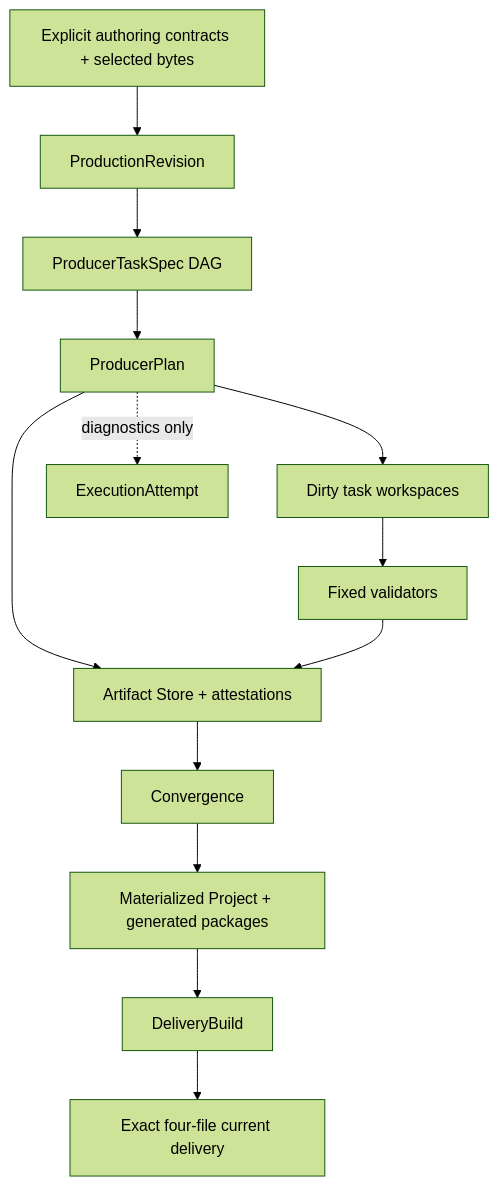
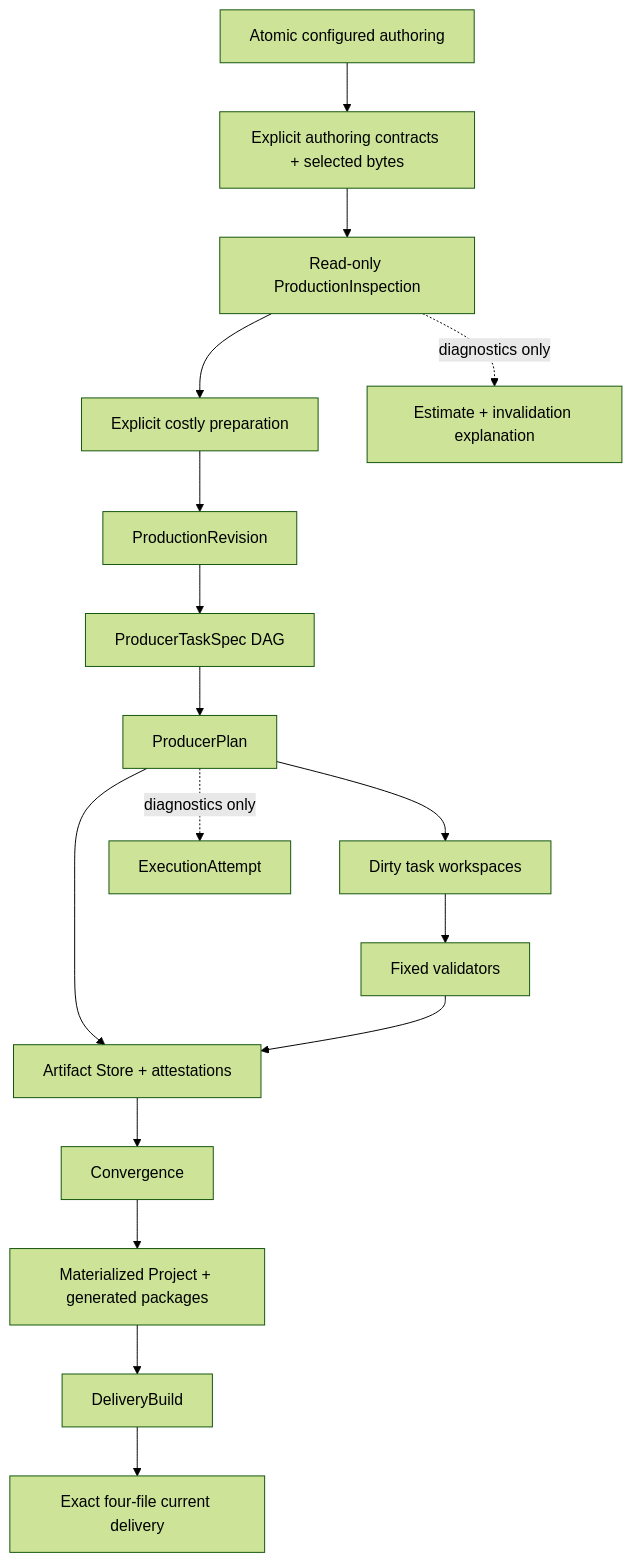
The diagram in docs/ARCHITECTURE.md (AXMORF/axmorf-studio), drawn with Mermaid (forest theme) before and after one commit. The commit also changed other lines of this file and 83 other files, not shown here.

````diff
--- a/docs/ARCHITECTURE.md
+++ b/docs/ARCHITECTURE.md
@@ -28,15 +29,19 @@
 ```mermaid
 flowchart TD
-  Inputs[Explicit authoring contracts + selected bytes] --> Revision[ProductionRevision]
+  Create[Atomic configured authoring] --> Inputs[Explicit authoring contracts + selected bytes]
+  Inputs --> Inspection[Read-only ProductionInspection]
+  Inspection --> Prepare[Explicit costly preparation]
+  Prepare --> Revision[ProductionRevision]
   Revision --> Tasks[ProducerTaskSpec DAG]
   Tasks --> Plan[ProducerPlan]
   Plan --> Work[Dirty task workspaces]
   Plan --> Artifacts[Reused artifacts]
   Work --> Validator[Fixed validators]
   Validator --> Artifacts[Artifact Store + attestations]
   Artifacts --> Converge[Convergence]
   Converge --> Live[Materialized Project + generated packages]
   Live --> Delivery[DeliveryBuild]
   Delivery --> Current[Exact four-file current delivery]
+  Inspection -. diagnostics only .-> Explanation[Estimate + invalidation explanation]
   Plan -. diagnostics only .-> Attempt[ExecutionAttempt]
 ```
````
